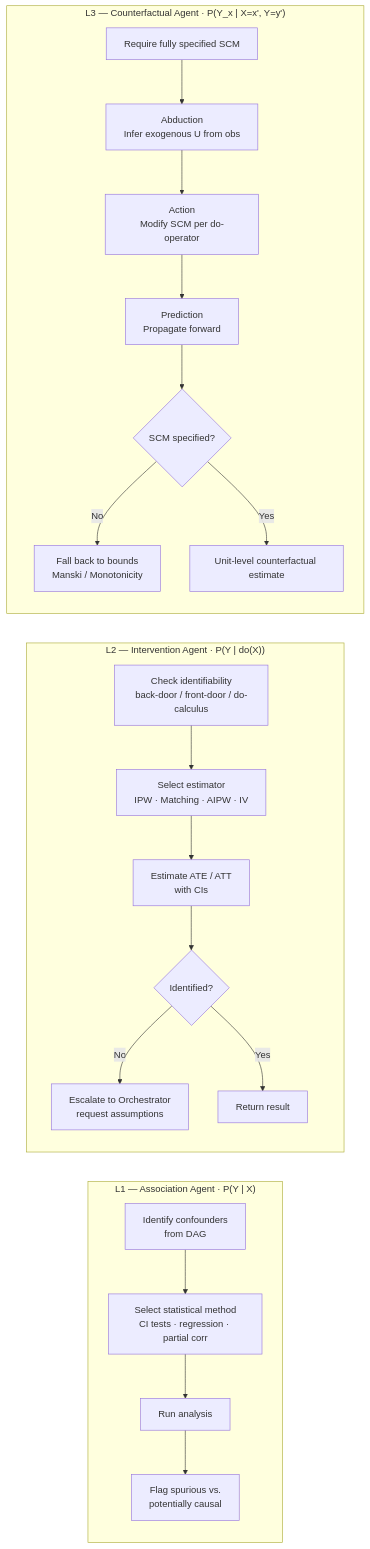
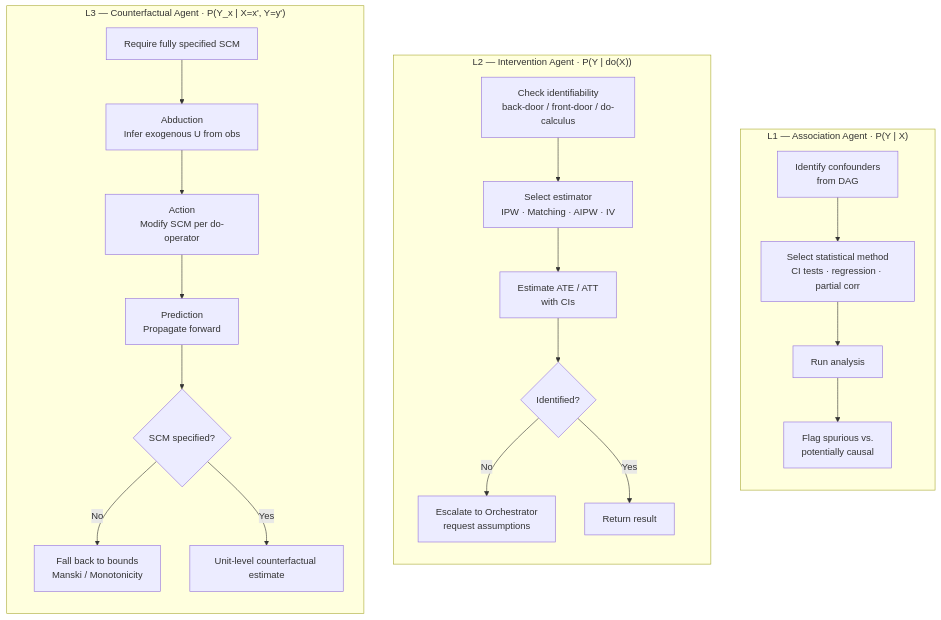
One commit to dimitarpg13/agentic_architectures_and_design_patterns changed the second of 5 diagrams in notebooks/causal_inference/causal_inference_agentic_workflow.md. Above: the diagram before and after it, drawn with Mermaid.

Commit message:
fix visualization problems

````diff
--- a/notebooks/causal_inference/causal_inference_agentic_workflow.md
+++ b/notebooks/causal_inference/causal_inference_agentic_workflow.md
@@ -38,28 +38,28 @@
 ```mermaid
-flowchart LR
+flowchart TB
     subgraph L1["L1 — Association Agent · P(Y | X)"]
         direction TB
-        A1[Identify confounders\nfrom DAG] --> A2[Select statistical method\nCI tests · regression · partial corr]
-        A2 --> A3[Run analysis]
-        A3 --> A4[Flag spurious vs.\npotentially causal]
+        A1["Identify confounders<br/>from DAG"] --> A2["Select statistical method<br/>CI tests · regression · partial corr"]
+        A2 --> A3["Run analysis"]
+        A3 --> A4["Flag spurious vs.<br/>potentially causal"]
     end
 
     subgraph L2["L2 — Intervention Agent · P(Y | do(X))"]
         direction TB
-        B1[Check identifiability\nback-door / front-door / do-calculus] --> B2[Select estimator\nIPW · Matching · AIPW · IV]
-        B2 --> B3[Estimate ATE / ATT\nwith CIs]
-        B3 --> B4{Identified?}
-        B4 -- No --> B5[Escalate to Orchestrator\nrequest assumptions]
-        B4 -- Yes --> B6[Return result]
+        B1["Check identifiability<br/>back-door / front-door / do-calculus"] --> B2["Select estimator<br/>IPW · Matching · AIPW · IV"]
+        B2 --> B3["Estimate ATE / ATT<br/>with CIs"]
+        B3 --> B4{"Identified?"}
+        B4 -- No --> B5["Escalate to Orchestrator<br/>request assumptions"]
+        B4 -- Yes --> B6["Return result"]
     end
 
     subgraph L3["L3 — Counterfactual Agent · P(Y_x | X=x', Y=y')"]
         direction TB
-        C1[Require fully specified SCM] --> C2[Abduction\nInfer exogenous U from obs]
-        C2 --> C3[Action\nModify SCM per do-operator]
-        C3 --> C4[Prediction\nPropagate forward]
-        C4 --> C5{SCM specified?}
-        C5 -- No --> C6[Fall back to bounds\nManski / Monotonicity]
-        C5 -- Yes --> C7[Unit-level counterfactual estimate]
+        C1["Require fully specified SCM"] --> C2["Abduction<br/>Infer exogenous U from obs"]
+        C2 --> C3["Action<br/>Modify SCM per do-operator"]
+        C3 --> C4["Prediction<br/>Propagate forward"]
+        C4 --> C5{"SCM specified?"}
+        C5 -- No --> C6["Fall back to bounds<br/>Manski / Monotonicity"]
+        C5 -- Yes --> C7["Unit-level counterfactual estimate"]
     end
 ```
````
